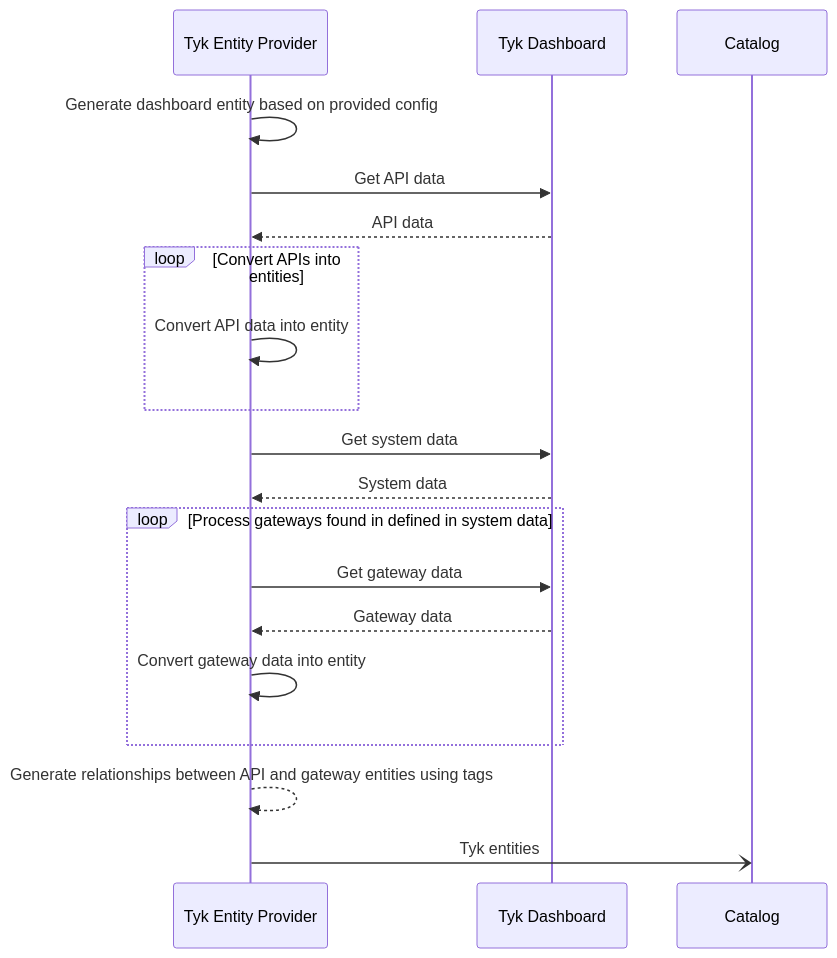
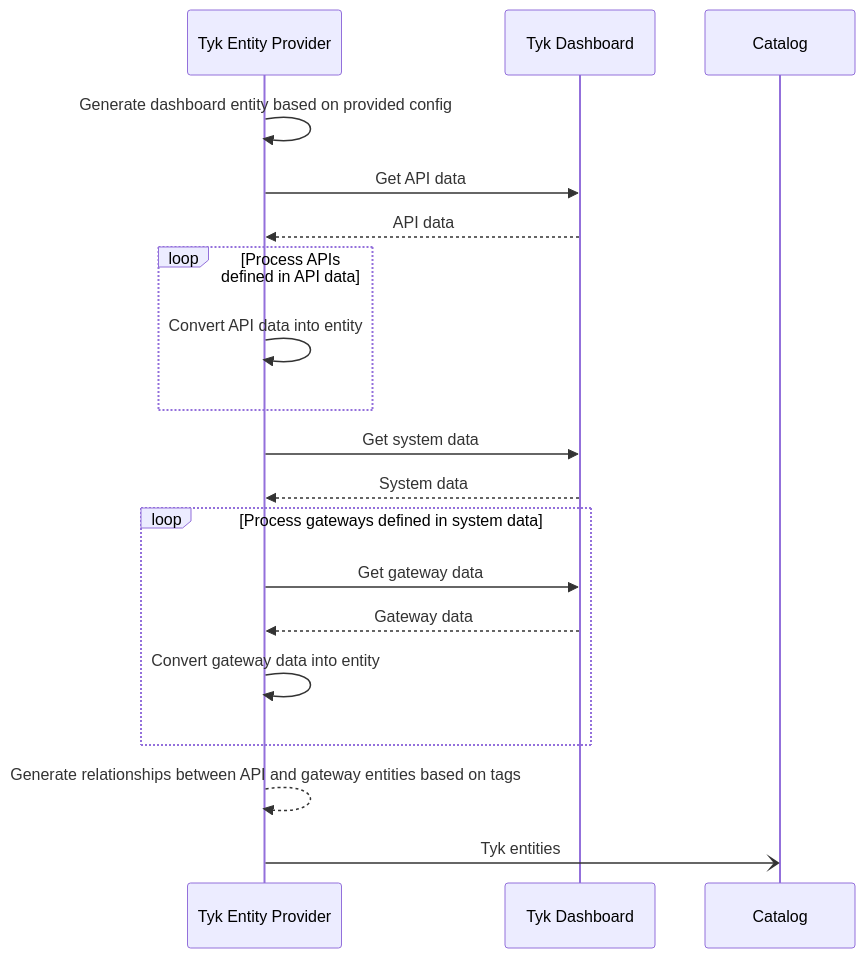
The second of 4 diagrams in plugins/catalog-backend-module-tyk/README.md (TykTechnologies/backstage-plugin-tyk), drawn with Mermaid before and after one commit. The commit also changed other lines of this file, not shown here.

````diff
--- a/plugins/catalog-backend-module-tyk/README.md
+++ b/plugins/catalog-backend-module-tyk/README.md
@@ -233,21 +250,21 @@
 ```mermaid
 sequenceDiagram
     participant ep as Tyk Entity Provider
     participant td as Tyk Dashboard
     participant ca as Catalog
     ep->>ep: Generate dashboard entity based on provided config
     ep->>td: Get API data
     td-->>ep: API data
-    loop Convert APIs into entities
+    loop Process APIs defined in API data
         ep->>ep: Convert API data into entity
     end
     ep->>td: Get system data
     td-->>ep: System data
-    loop Process gateways found in defined in system data
+    loop Process gateways defined in system data
         ep->>td: Get gateway data
         td-->>ep: Gateway data
         ep->>ep: Convert gateway data into entity
     end
-    ep-->>ep: Generate relationships between API and gateway entities using tags
+    ep-->>ep: Generate relationships between API and gateway entities based on tags
     ep-)ca: Tyk entities
 ```
````
